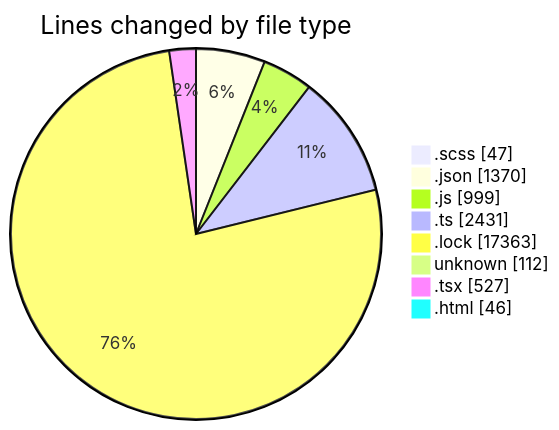
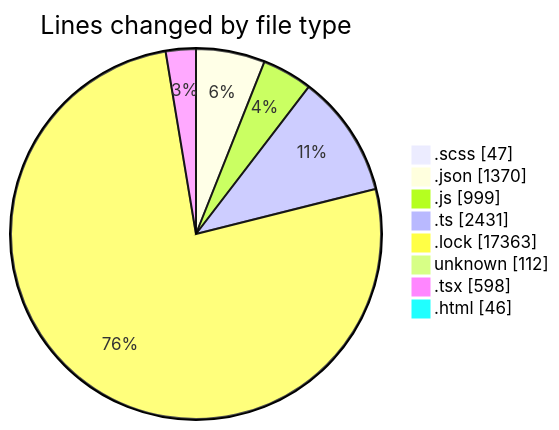
The first of 2 diagrams in 2026-04-21/cda/README.md (momahboobian/code-tracking), drawn with Mermaid before and after one commit. The commit also changed other lines of this file and 1 other file, not shown here.

````diff
--- a/2026-04-21/cda/README.md
+++ b/2026-04-21/cda/README.md
@@ -54,12 +55,12 @@
 ```mermaid
 pie showData
 title Lines changed by file type
 ".scss" : 47
 ".json" : 1370
 ".js" : 999
 ".ts" : 2431
 ".lock" : 17363
 "unknown" : 112
-".tsx" : 527
+".tsx" : 598
 ".html" : 46
 ```
````
